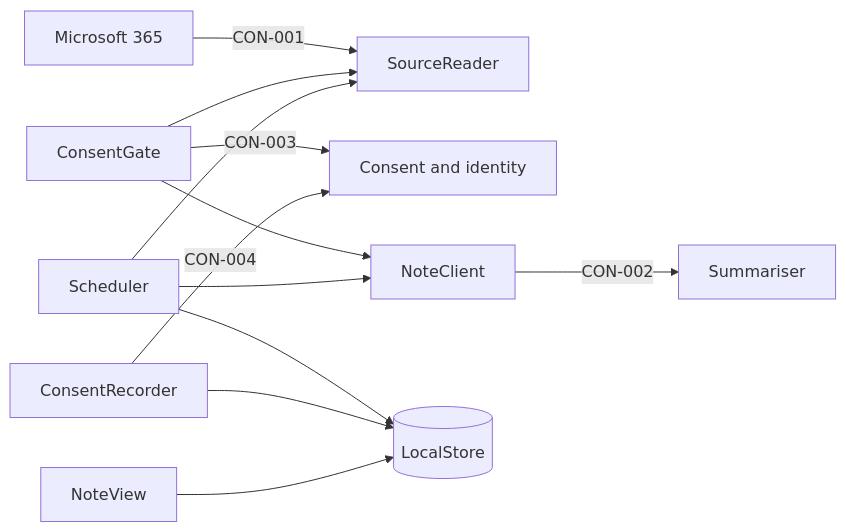
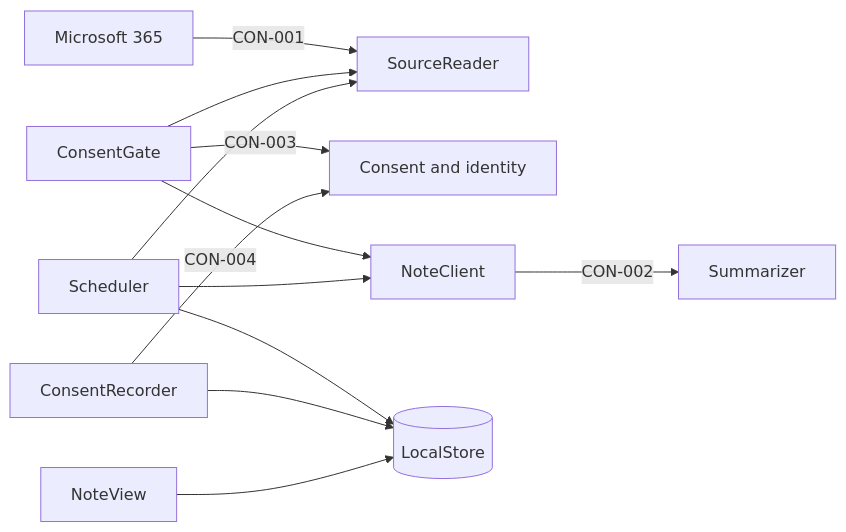
One commit to smalls257/vela changed the first of 3 diagrams in tests/fixtures/team-skills/heron/docs/tech-design/desktop-agent.md. Above: the diagram before and after it, drawn with Mermaid. The commit also changed other lines of this file and 236 other files, not shown here.

````diff
--- a/tests/fixtures/team-skills/heron/docs/tech-design/desktop-agent.md
+++ b/tests/fixtures/team-skills/heron/docs/tech-design/desktop-agent.md
@@ -125,14 +125,14 @@
 ```mermaid
 flowchart LR
   MS[Microsoft 365] -->|CON-001| SR[SourceReader]
   CG[ConsentGate] -->|CON-003| CI[Consent and identity]
   CR[ConsentRecorder] -->|CON-004| CI
-  NC[NoteClient] -->|CON-002| SU[Summariser]
+  NC[NoteClient] -->|CON-002| SU[Summarizer]
   CG --> SR
   CG --> NC
   SC[Scheduler] --> SR
   SC --> NC
   SC --> LS[(LocalStore)]
   CR --> LS
   NV[NoteView] --> LS
 ```
````
